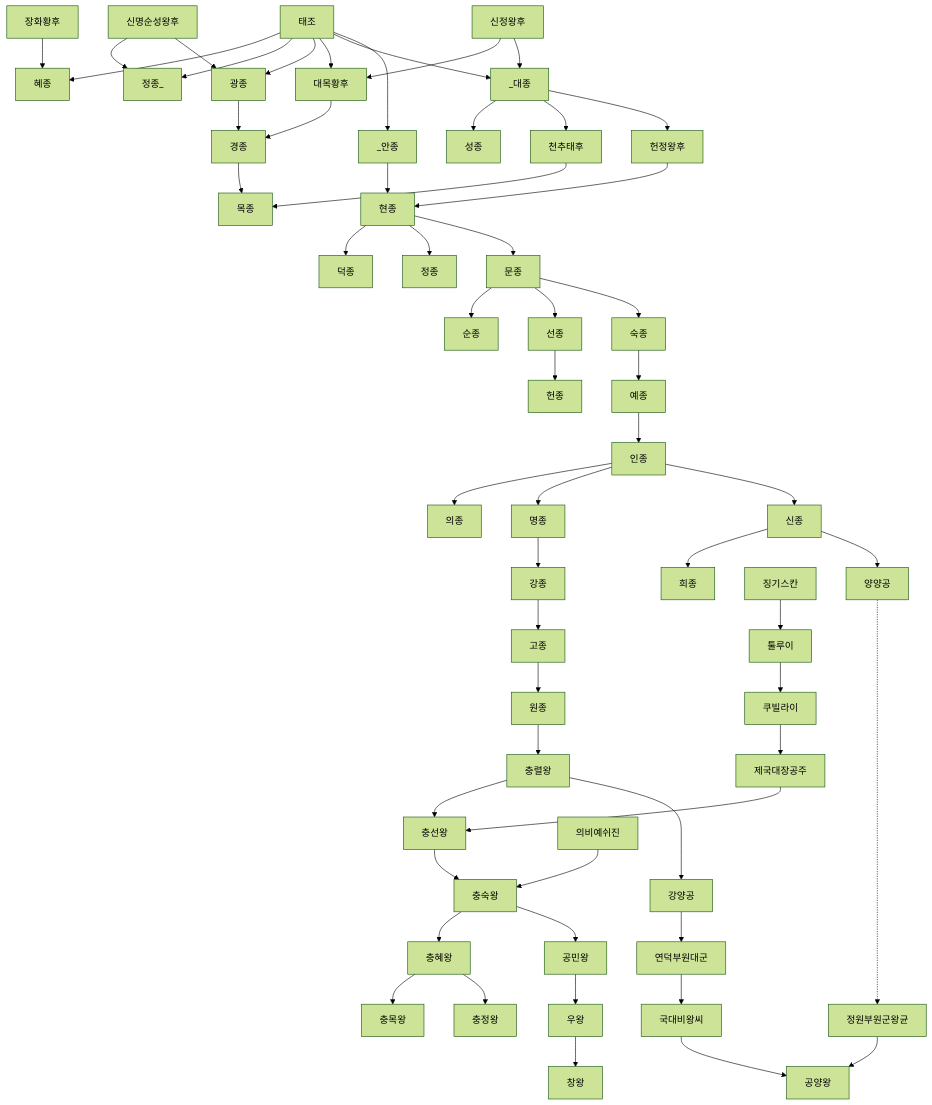
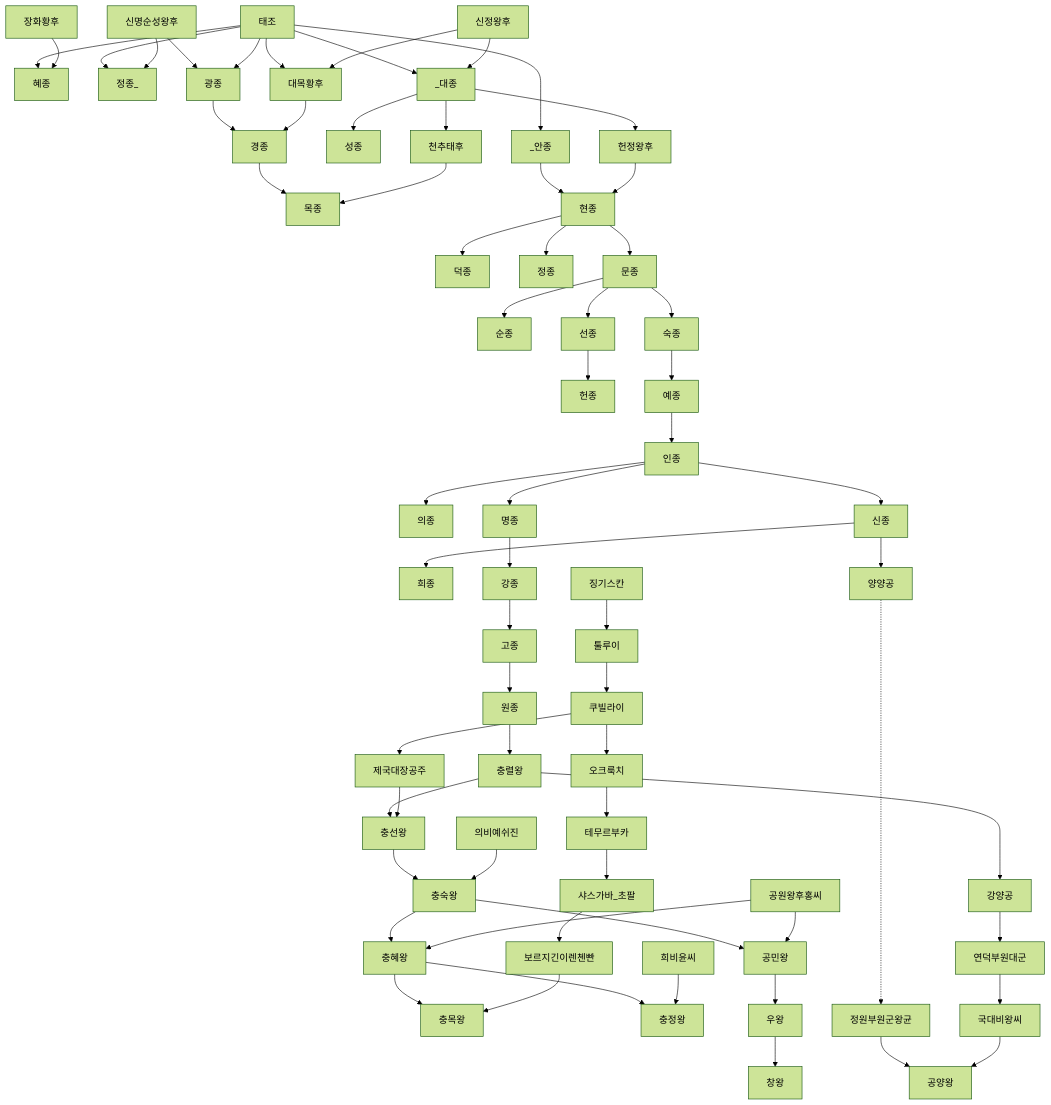
The third of 4 diagrams in 한국사/고려왕조_가계도_전체.md (daewonyoon/historigram), drawn with Mermaid (forest theme) before and after one commit. The commit also changed other lines of this file, not shown here.

````diff
--- a/한국사/고려왕조_가계도_전체.md
+++ b/한국사/고려왕조_가계도_전체.md
@@ -81,29 +81,33 @@
 ```mermaid
 graph TD
 
 태조 --> 혜종 
 장화황후 --> 혜종
 태조 --> 정종_
 신명순성왕후 --> 정종_
 신명순성왕후 --> 광종
 태조 --> 광종 --> 경종 --> 목종
 태조 --> 대목황후 --> 경종
 신정왕후 --> 대목황후
 태조 --> _대종 --> 성종
 신정왕후 --> _대종 --> 천추태후 --> 목종
 _대종 --> 헌정왕후
 태조 ---> _안종 --> 현종 --> 덕종
 헌정왕후 --> 현종 --> 정종
 현종 --> 문종 --> 순종
 문종 --> 선종 --> 헌종 
 문종 --> 숙종 --> 예종 --> 인종 --> 의종 
 인종 --> 명종
 인종 --> 신종 --> 희종 
 명종 --> 강종 --> 고종 --> 원종 --> 충렬왕 --> 충선왕
 징기스칸 --> 툴루이 --> 쿠빌라이 --> 제국대장공주 --> 충선왕 --> 충숙왕 --> 충혜왕 --> 충목왕
 의비예쉬진 --> 충숙왕
+쿠빌라이 --> 오크룩치 --> 테무르부카 --> 샤스가바_초팔 --> 보르지긴이렌첸빤 --> 충목왕
 충혜왕 --> 충정왕
 충숙왕 --> 공민왕 --> 우왕 --> 창왕
+공원왕후홍씨 --> 충혜왕
+공원왕후홍씨 --> 공민왕
+희비윤씨 --> 충정왕
 신종 --> 양양공 -.......-> 정원부원군왕균 --> 공양왕
 충렬왕 --> 강양공 --> 연덕부원대군 --> 국대비왕씨 --> 공양왕
 ```
````
